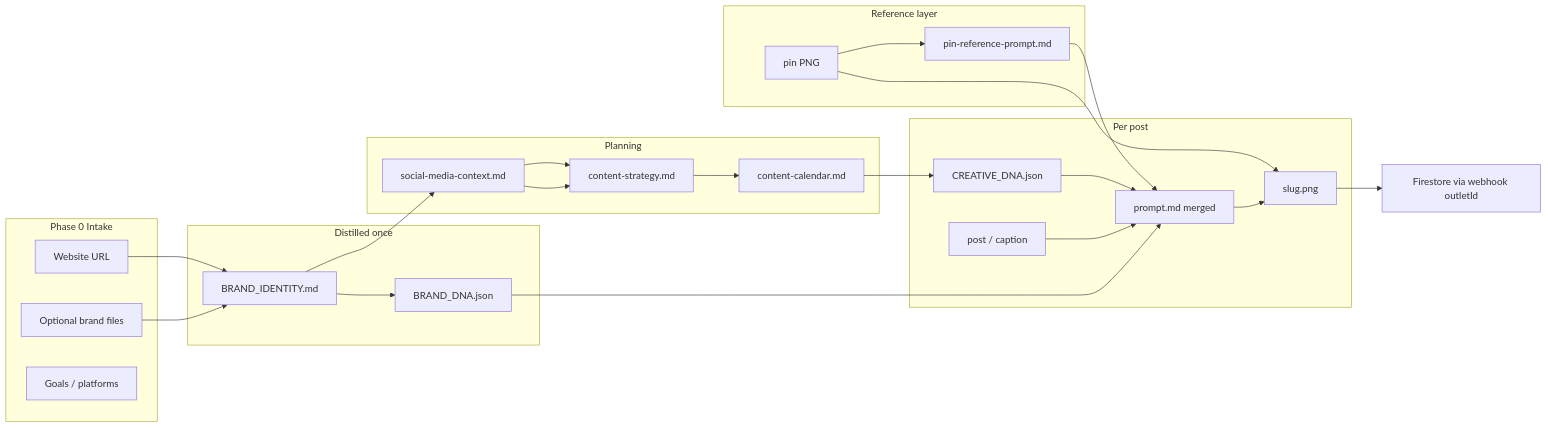
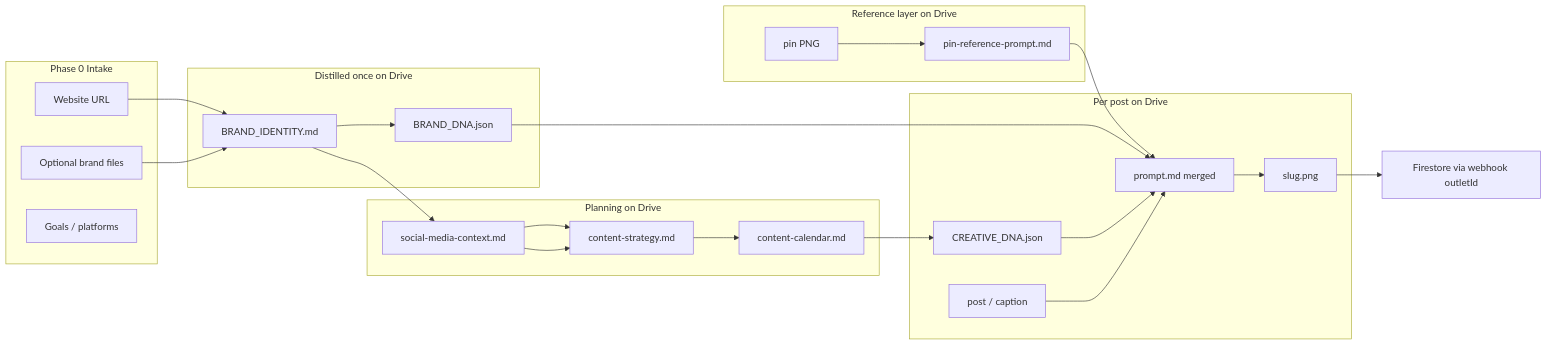
The diagram in docs/how-pipeline-works.md (shivpanks19/AI-Scripts), drawn with Mermaid before and after one commit. The commit also changed other lines of this file and 10 other files, not shown here.

````diff
--- a/docs/how-pipeline-works.md
+++ b/docs/how-pipeline-works.md
@@ -52,47 +57,46 @@
 ```mermaid
 flowchart LR
   subgraph intake [Phase 0 Intake]
     W[Website URL]
     BF[Optional brand files]
     G[Goals / platforms]
   end
 
-  subgraph distill [Distilled once]
+  subgraph distill [Distilled once on Drive]
     BI[BRAND_IDENTITY.md]
     BD[BRAND_DNA.json]
   end
 
-  subgraph plans [Planning]
+  subgraph plans [Planning on Drive]
     SC[social-media-context.md]
     ST[content-strategy.md]
     CAL[content-calendar.md]
   end
 
-  subgraph refs [Reference layer]
+  subgraph refs [Reference layer on Drive]
     PIN[pin PNG]
     RP[pin-reference-prompt.md]
   end
 
-  subgraph creative [Per post]
+  subgraph creative [Per post on Drive]
     CD[CREATIVE_DNA.json]
     CP[post / caption]
     PR[prompt.md merged]
     PNG[slug.png]
   end
 
   W --> BI
   BF --> BI
   BI --> SC
   BI --> BD
   PIN --> RP
   SC --> ST
   SC --> ST --> CAL
   CAL --> CD
   RP --> PR
   BD --> PR
   CD --> PR
   CP --> PR
   PR --> PNG
-  PIN --> PNG
   PNG --> FS[Firestore via webhook outletId]
 ```
````
